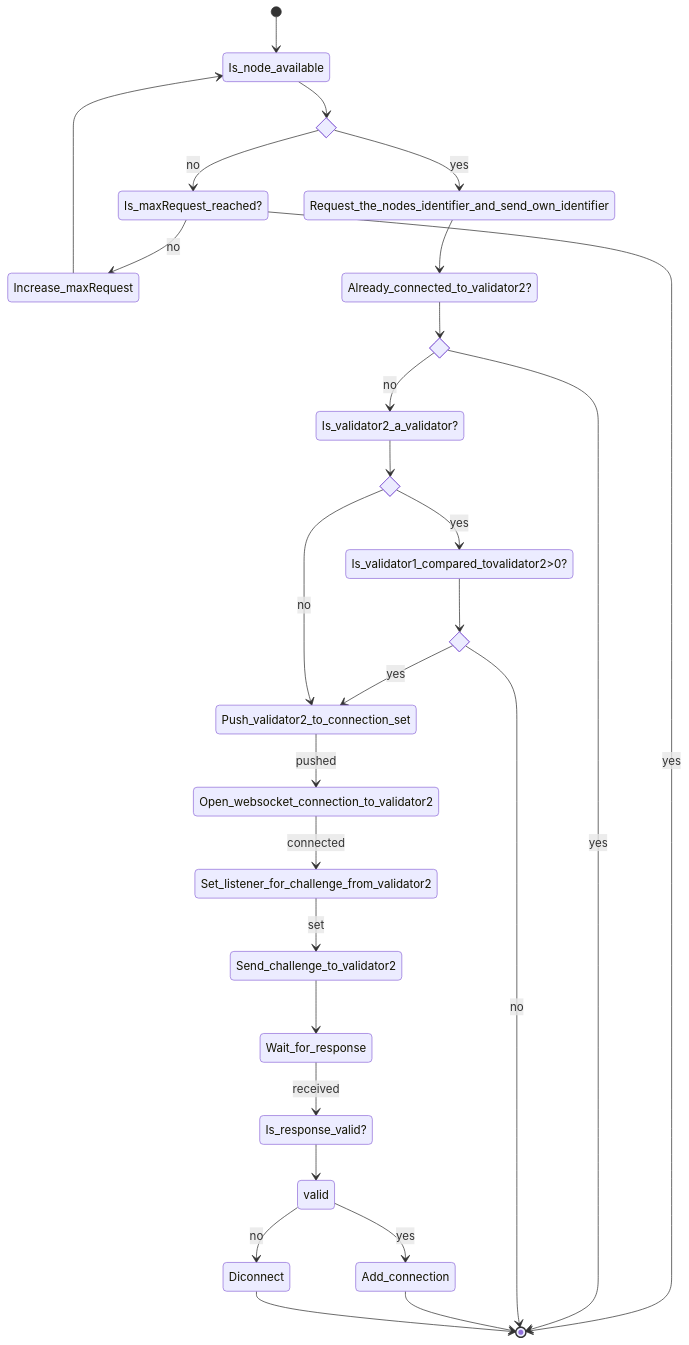
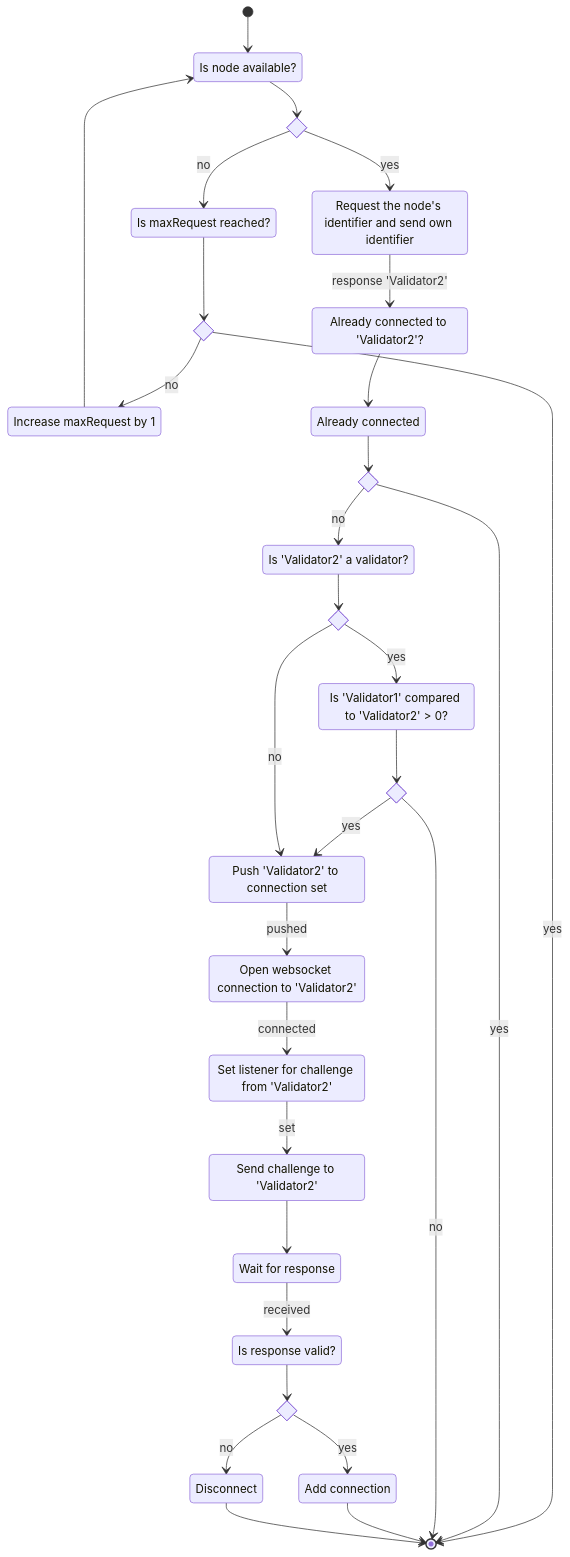
Before and after one commit to trustcerts/trustchain-doc: the first of 2 diagrams in docs/concepts/peer-to-peer.md, drawn with Mermaid. The commit also changed other lines of this file, not shown here.

Commit message:
push current state

````diff
--- a/docs/concepts/peer-to-peer.md
+++ b/docs/concepts/peer-to-peer.md
@@ -18,46 +22,65 @@
 ```mermaid
   stateDiagram 
+    A: Is node available?
+    B: Request the node's identifier and send own identifier
+    C: Is maxRequest reached?
+    D: Increase maxRequest by 1
+    F: Already connected to 'Validator2'?
+    G: Already connected
+    H: Is 'Validator2' a validator?
+    I: Is 'Validator1' compared to 'Validator2' > 0?
+    J: Push 'Validator2' to connection set
+    K: Open websocket connection to 'Validator2'
+    L: Set listener for challenge from 'Validator2'
+    M: Send challenge to 'Validator2'
+    N: Wait for response
+    O: Is response valid?
+    P: Add connection
     
-    [*] --> Is_node_available 
-    state if_state <<choice>>
-    Is_node_available --> if_state
-    if_state --> Request_the_nodes_identifier_and_send_own_identifier: yes
-    if_state --> Is_maxRequest_reached?: no
-    Is_maxRequest_reached? --> Increase_maxRequest: no
-    Is_maxRequest_reached? --> [*]: yes
-    Increase_maxRequest --> Is_node_available
+    [*] --> A 
+    state is_node_available <<choice>>
+    A --> is_node_available
+    is_node_available --> B: yes
+    is_node_available --> C: no
+    state is_maxRequest_reached <<choice>>
+    C --> is_maxRequest_reached
+    is_maxRequest_reached --> D: no
+    is_maxRequest_reached --> [*]: yes
+    D --> A
     
-    state Already_connected_to_validator2?
-    state Already_connected <<choice>>
+    state F
+    state G <<choice>>
 
-    Request_the_nodes_identifier_and_send_own_identifier --> Already_connected_to_validator2?
-    Already_connected_to_validator2? --> Already_connected
-    Already_connected --> [*]: yes
-    Already_connected --> Is_validator2_a_validator?: no
+    B --> F: response 'Validator2'
+    F --> G
+    state is_already_connected <<choice>>
+    G --> is_already_connected
+    is_already_connected --> [*]: yes
+    is_already_connected --> H: no
     
     state Is_validator <<choice>>
-    Is_validator2_a_validator? --> Is_validator
-    Is_validator --> Is_validator1_compared_tovalidator2>0?: yes
+    H --> Is_validator
+    Is_validator --> I: yes
 
     state Val1_compare_val2 <<choice>>
-    Is_validator1_compared_tovalidator2>0? --> Val1_compare_val2
+    I --> Val1_compare_val2
     
-    Val1_compare_val2 --> Push_validator2_to_connection_set: yes
+    Val1_compare_val2 --> J: yes
     Val1_compare_val2 --> [*]: no 
     
-    Is_validator --> Push_validator2_to_connection_set: no
-    Push_validator2_to_connection_set --> Open_websocket_connection_to_validator2: pushed
-    Open_websocket_connection_to_validator2 --> Set_listener_for_challenge_from_validator2: connected
-    Set_listener_for_challenge_from_validator2 --> Send_challenge_to_validator2:set
-    Send_challenge_to_validator2 --> Wait_for_response
-    Wait_for_response --> Is_response_valid?: received
-    Is_response_valid? --> valid
+    Is_validator --> J: no
+    J --> K: pushed
+    K --> L: connected
+    L --> M: set
+    M --> N
+    N --> O: received
+    state is_response_valid <<choice>>
+    O --> is_response_valid
     
-    state valid <<choice>>
-    valid --> Add_connection: yes
-    valid --> Diconnect: no 
+    is_response_valid --> P: yes
+    is_response_valid --> Disconnect: no 
     
-    Add_connection --> [*]
-    Diconnect --> [*]
+    P --> [*]
+    Disconnect --> [*]
     
 ```
````
